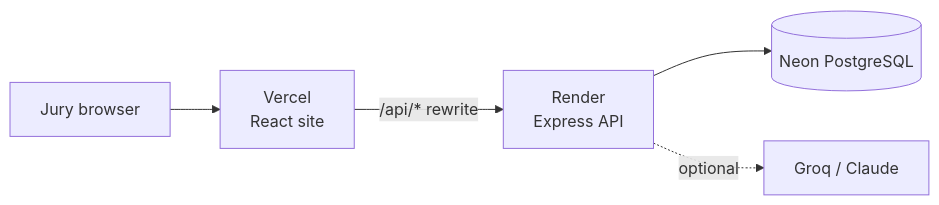
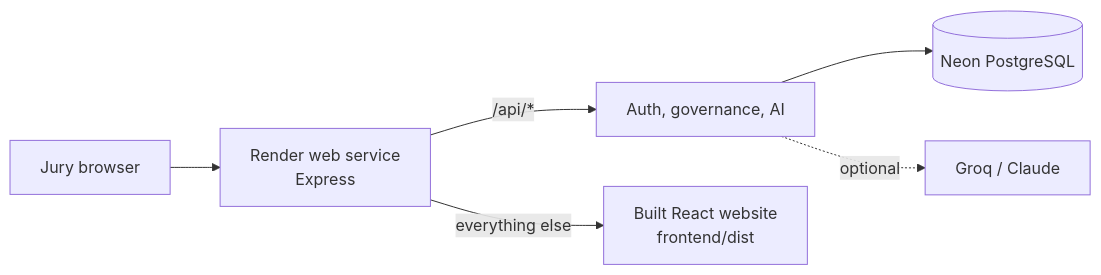
One commit to shreesanth-78/genesis-campus-e-governance changed the fourth of 4 diagrams in README.md. Above: the diagram before and after it, drawn with Mermaid. The commit also changed other lines of this file and 12 other files, not shown here.

First line of the commit message:
feat(deploy): one Render service serves the API and the built website

````diff
--- a/README.md
+++ b/README.md
@@ -272,7 +268,8 @@
 ```mermaid
 flowchart LR
-    J[Jury browser] --> V[Vercel<br/>React site]
-    V -- /api/* rewrite --> R[Render<br/>Express API]
-    R --> N[(Neon PostgreSQL)]
-    R -. optional .-> G[Groq / Claude]
+    J[Jury browser] --> R[Render web service<br/>Express]
+    R -- /api/* --> API[Auth, governance, AI]
+    R -- everything else --> W[Built React website<br/>frontend/dist]
+    API --> N[(Neon PostgreSQL)]
+    API -. optional .-> G[Groq / Claude]
 ```
````
